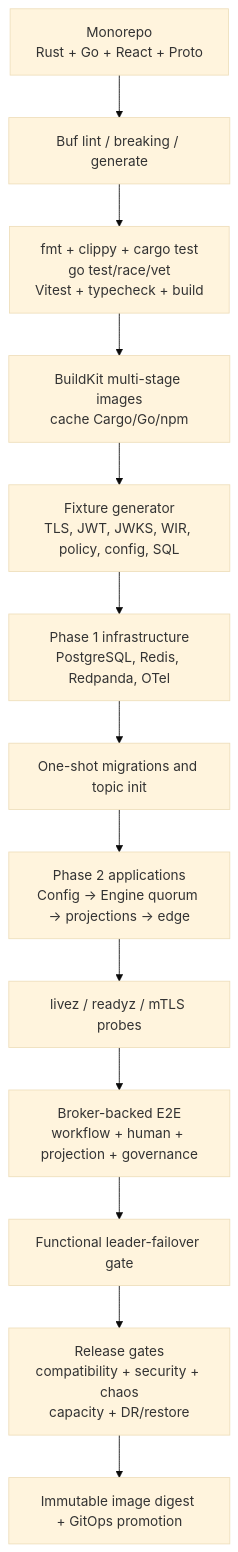
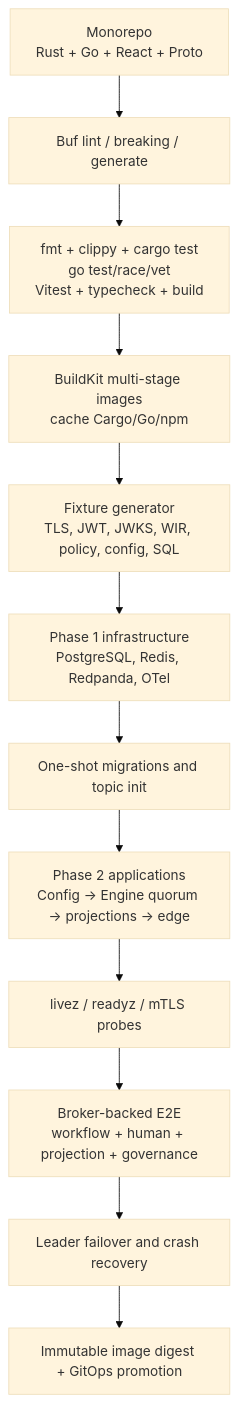
The tenth of 12 diagrams in quartz/content/BPMP-Platform/BPMP-Architecture-Technology-Deep-Dive.md (dangthobach/dangthobach.github.io), drawn with Mermaid (base theme) before and after one commit. The commit also changed other lines of this file and 1 other file, not shown here.

````diff
--- a/quartz/content/BPMP-Platform/BPMP-Architecture-Technology-Deep-Dive.md
+++ b/quartz/content/BPMP-Platform/BPMP-Architecture-Technology-Deep-Dive.md
@@ -403,18 +397,17 @@
 ```mermaid
 flowchart TB
-    SOURCE["Monorepo\nRust + Go + React + Proto"]
+    SOURCE["Monorepo<br/>Rust + Go + React + Proto"]
     CONTRACT["Buf lint / breaking / generate"]
-    TEST["fmt + clippy + cargo test\ngo test/race/vet\nVitest + typecheck + build"]
-    IMAGE["BuildKit multi-stage images\ncache Cargo/Go/npm"]
-    FIX["Fixture generator\nTLS, JWT, JWKS, WIR, policy, config, SQL"]
-    INFRA["Phase 1 infrastructure\nPostgreSQL, Redis, Redpanda, OTel"]
+    TEST["fmt + clippy + cargo test<br/>go test/race/vet<br/>Vitest + typecheck + build"]
+    IMAGE["BuildKit multi-stage images<br/>cache Cargo/Go/npm"]
+    FIX["Fixture generator<br/>TLS, JWT, JWKS, WIR, policy, config, SQL"]
+    INFRA["Phase 1 infrastructure<br/>PostgreSQL, Redis, Redpanda, OTel"]
     MIG["One-shot migrations and topic init"]
-    APP["Phase 2 applications\nConfig -> Engine quorum -> projections -> edge"]
+    APP["Phase 2 applications<br/>Config -> Engine quorum -> projections -> edge"]
     HEALTH["livez / readyz / mTLS probes"]
-    E2E["Broker-backed E2E\nworkflow + human + projection + governance"]
-    FAIL["Functional leader-failover gate"]
-    PROD["Release gates\ncompatibility + security + chaos\ncapacity + DR/restore"]
+    E2E["Broker-backed E2E<br/>workflow + human + projection + governance"]
+    FAIL["Leader failover and crash recovery"]
     PROMOTE["Immutable image digest + GitOps promotion"]
 
-    SOURCE --> CONTRACT --> TEST --> IMAGE --> FIX --> INFRA --> MIG --> APP --> HEALTH --> E2E --> FAIL --> PROD --> PROMOTE
+    SOURCE --> CONTRACT --> TEST --> IMAGE --> FIX --> INFRA --> MIG --> APP --> HEALTH --> E2E --> FAIL --> PROMOTE
 ```
````
